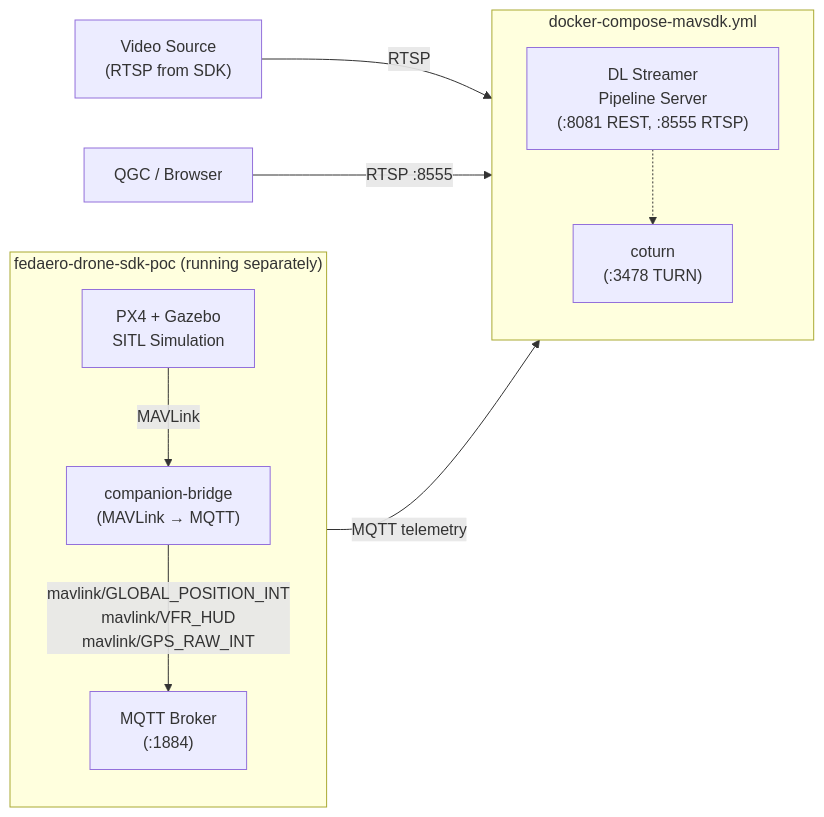
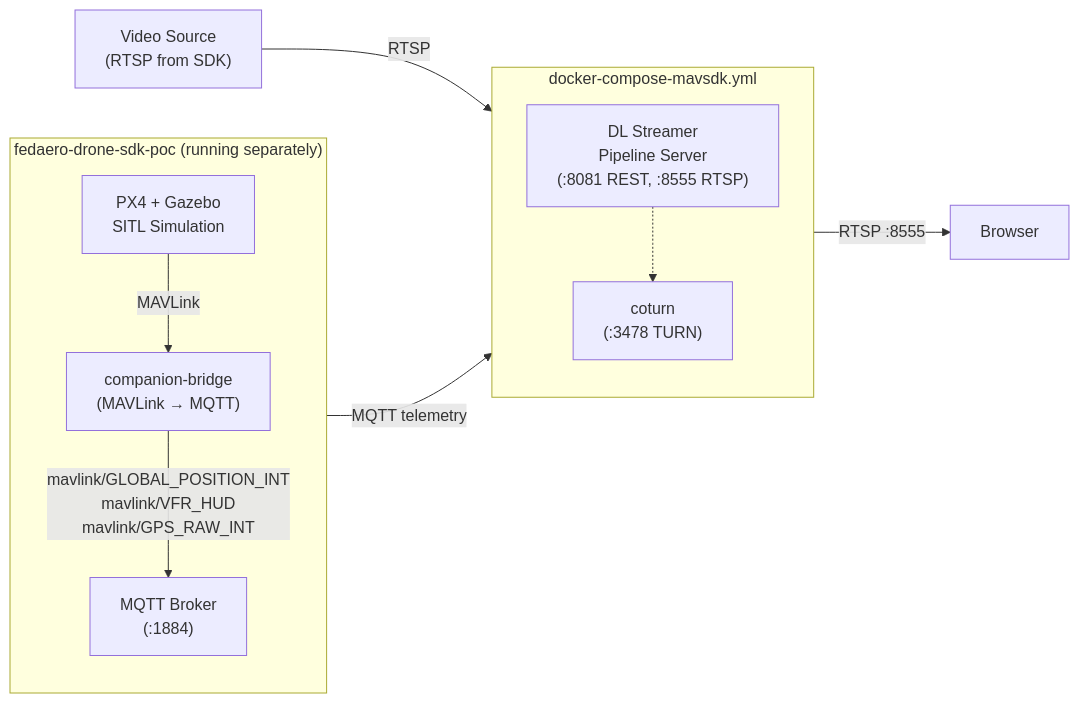
One commit to open-edge-platform/edge-ai-suites changed the third of 4 diagrams in federal-aerospace/docs/uav-vision-analytics/overview.md. Above: the diagram before and after it, drawn with Mermaid. The commit also changed other lines of this file, not shown here.

Commit message:
[FedAero] Update system diagrams

````diff
--- a/federal-aerospace/docs/uav-vision-analytics/overview.md
+++ b/federal-aerospace/docs/uav-vision-analytics/overview.md
@@ -66,23 +66,23 @@
 ```mermaid
 flowchart LR
     subgraph External["fedaero-drone-sdk-poc (running separately)"]
         direction TB
         PX4_EXT["PX4 + Gazebo\nSITL Simulation"]
         BRIDGE["companion-bridge\n(MAVLink → MQTT)"]
         BROKER_EXT["MQTT Broker\n(:1884)"]
 
         PX4_EXT -->|"MAVLink"| BRIDGE
         BRIDGE -->|"mavlink/GLOBAL_POSITION_INT\nmavlink/VFR_HUD\nmavlink/GPS_RAW_INT"| BROKER_EXT
     end
 
     subgraph MAVSDK["docker-compose-mavsdk.yml"]
         direction TB
         DLSPS2["DL Streamer\nPipeline Server\n(:8081 REST, :8555 RTSP)"]
         TURN2["coturn\n(:3478 TURN)"]
         DLSPS2 -.-> TURN2
     end
 
     BROKER_EXT -->|"MQTT telemetry"| DLSPS2
     VIDEO2["Video Source\n(RTSP from SDK)"] -->|"RTSP"| DLSPS2
-    CLIENT2["QGC / Browser"] -->|"RTSP :8555"| DLSPS2
+    DLSPS2 -->|"RTSP :8555"| CLIENT2["Browser"]
 ```
````
